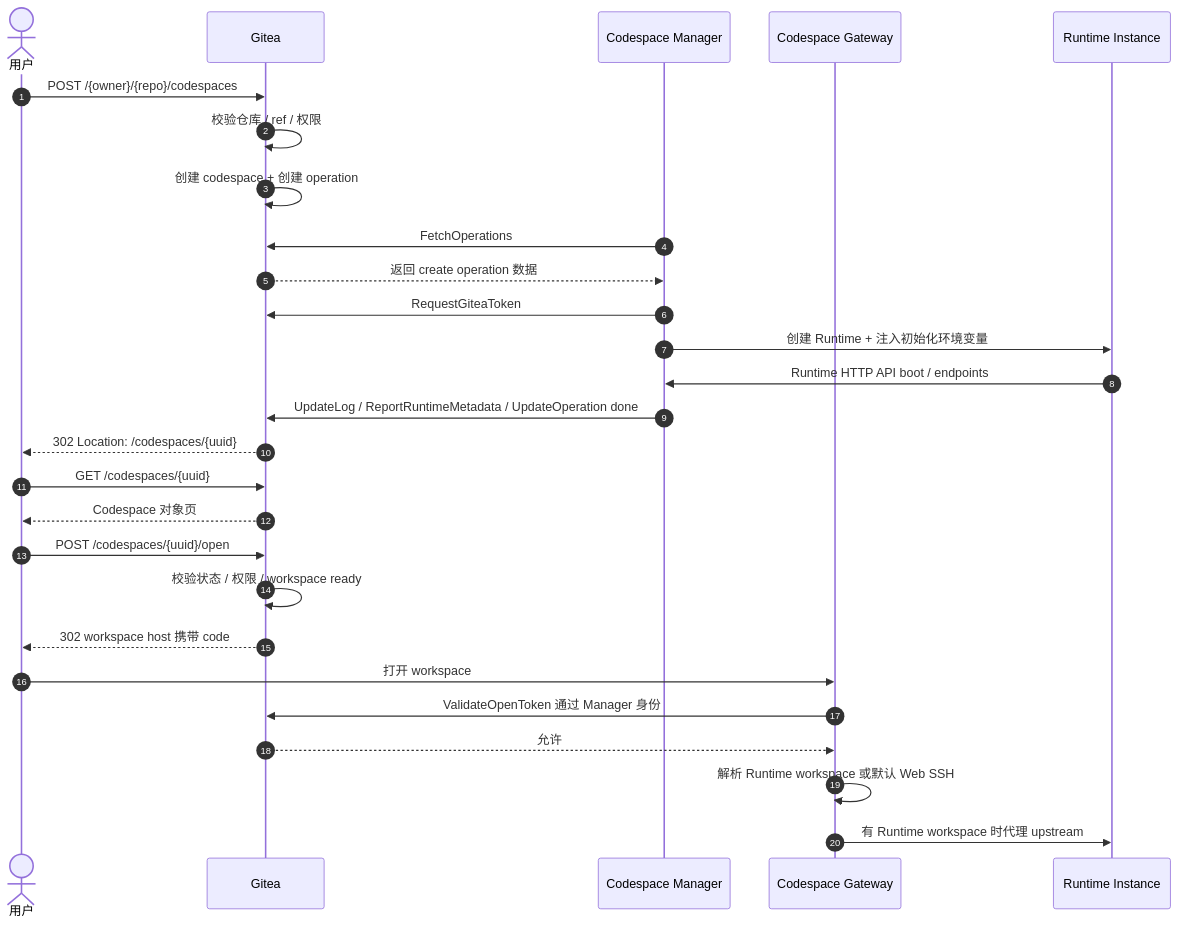
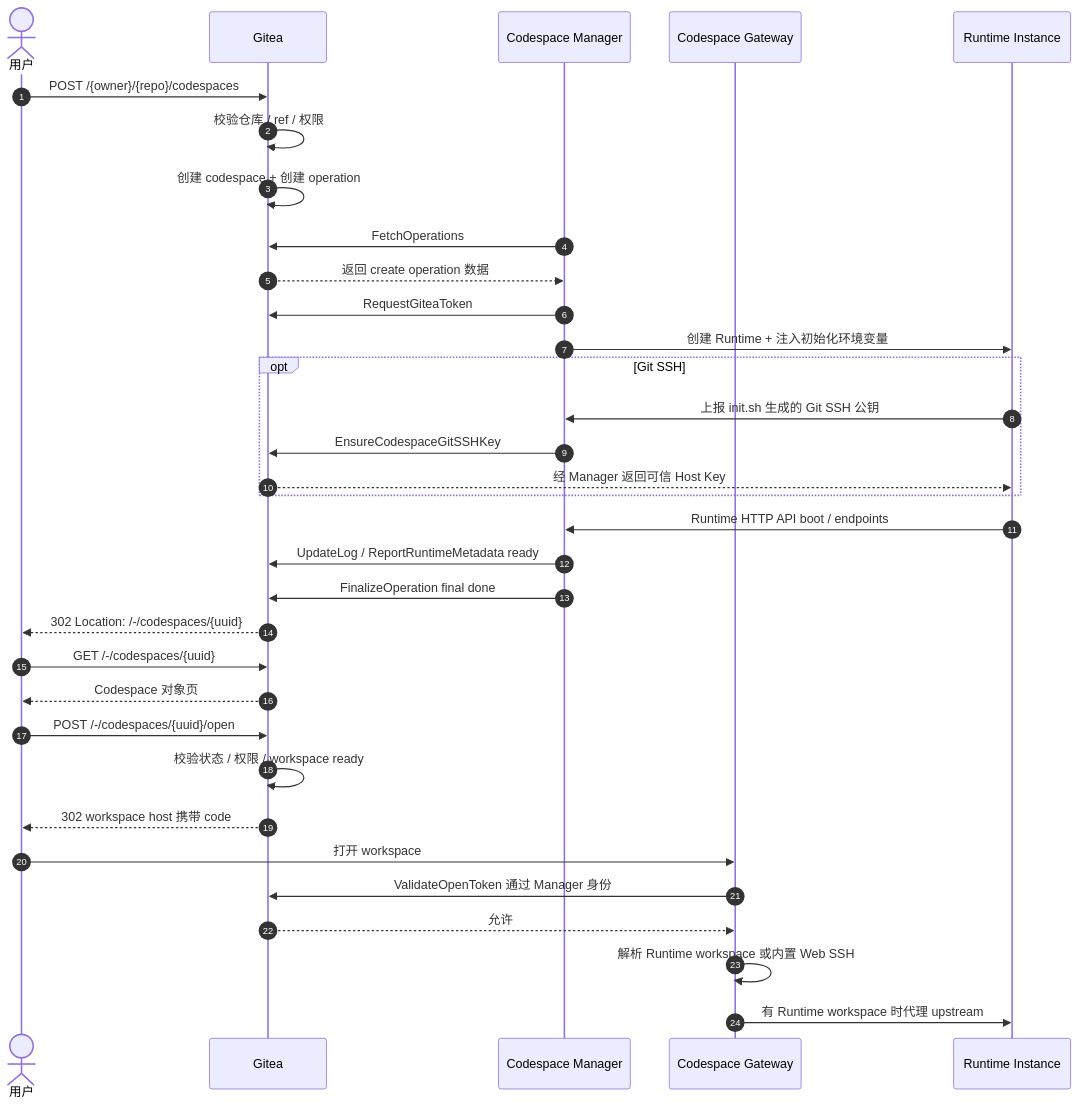
Before and after one commit to ExplodingDragon/gitea-dev: the second of 2 diagrams in src/README.md, drawn with Mermaid. The commit also changed other lines of this file and 10 other files, not shown here.

````diff
--- a/src/README.md
+++ b/src/README.md
@@ -87,31 +87,37 @@
 ```mermaid
 sequenceDiagram
     autonumber
     actor User as 用户
     participant Gitea
     participant Manager as Codespace Manager
     participant Gateway as Codespace Gateway
     participant Runtime as Runtime Instance
 
     User->>Gitea: POST /{owner}/{repo}/codespaces
     Gitea->>Gitea: 校验仓库 / ref / 权限
     Gitea->>Gitea: 创建 codespace + 创建 operation
     Manager->>Gitea: FetchOperations
     Gitea-->>Manager: 返回 create operation 数据
     Manager->>Gitea: RequestGiteaToken
     Manager->>Runtime: 创建 Runtime + 注入初始化环境变量
+    opt Git SSH
+        Runtime->>Manager: 上报 init.sh 生成的 Git SSH 公钥
+        Manager->>Gitea: EnsureCodespaceGitSSHKey
+        Gitea-->>Runtime: 经 Manager 返回可信 Host Key
+    end
     Runtime->>Manager: Runtime HTTP API boot / endpoints
-    Manager->>Gitea: UpdateLog / ReportRuntimeMetadata / UpdateOperation done
-    Gitea-->>User: 302 Location: /codespaces/{uuid}
-    User->>Gitea: GET /codespaces/{uuid}
+    Manager->>Gitea: UpdateLog / ReportRuntimeMetadata ready
+    Manager->>Gitea: FinalizeOperation final done
+    Gitea-->>User: 302 Location: /-/codespaces/{uuid}
+    User->>Gitea: GET /-/codespaces/{uuid}
     Gitea-->>User: Codespace 对象页
 
-    User->>Gitea: POST /codespaces/{uuid}/open
+    User->>Gitea: POST /-/codespaces/{uuid}/open
     Gitea->>Gitea: 校验状态 / 权限 / workspace ready
     Gitea-->>User: 302 workspace host 携带 code
     User->>Gateway: 打开 workspace
     Gateway->>Gitea: ValidateOpenToken 通过 Manager 身份
     Gitea-->>Gateway: 允许
-    Gateway->>Gateway: 解析 Runtime workspace 或默认 Web SSH
+    Gateway->>Gateway: 解析 Runtime workspace 或内置 Web SSH
     Gateway->>Runtime: 有 Runtime workspace 时代理 upstream
 ```
````
